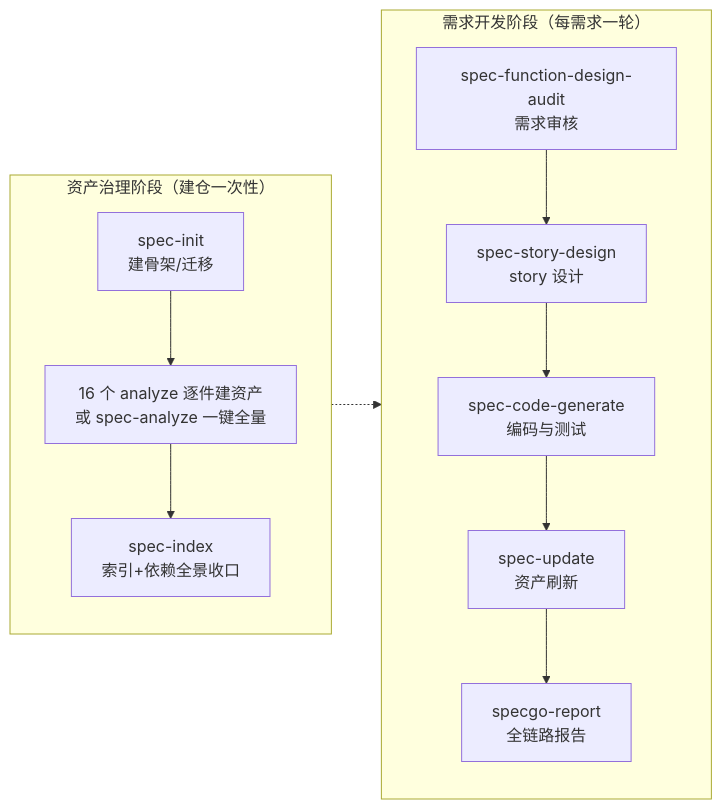
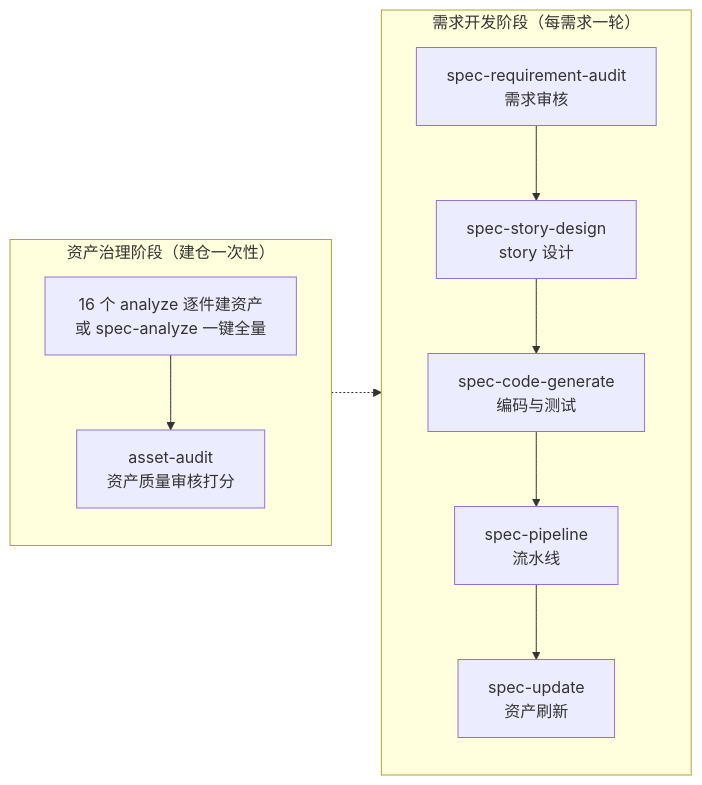
Before and after one commit to CoreGeekASTL/specgo: the third of 4 diagrams in README.md, drawn with Mermaid. The commit also changed other lines of this file and 73 other files, not shown here.

Commit message:
feat: 插件结构重构：取消 specgo 编排层与 spec-admin（spec-init/spec-index/specgo-report 移除），asset-audit 改名下放 spec-analyze 子流程，链路 4 子流程升格独立 skill（spec-requirement-audit 新增代码对照与双模式澄清）并新增 spec-pipeline（单子代理执行 pipeline-skill.md）；README/HELP/INSTALL/bootstrap 同步；版本升 3.0.0

````diff
--- a/README.md
+++ b/README.md
@@ -139,10 +118,10 @@
 ```mermaid
 flowchart LR
     subgraph G1["资产治理阶段（建仓一次性）"]
-        S1["spec-init<br/>建骨架/迁移"] --> S2["16 个 analyze 逐件建资产<br/>或 spec-analyze 一键全量"] --> S3["spec-index<br/>索引+依赖全景收口"]
+        S1["16 个 analyze 逐件建资产<br/>或 spec-analyze 一键全量"] --> S2["asset-audit<br/>资产质量审核打分"]
     end
     subgraph G2["需求开发阶段（每需求一轮）"]
-        D1["spec-function-design-audit<br/>需求审核"] --> D2["spec-story-design<br/>story 设计"] --> D3["spec-code-generate<br/>编码与测试"] --> D4["spec-update<br/>资产刷新"] --> D5["specgo-report<br/>全链路报告"]
+        D1["spec-requirement-audit<br/>需求审核"] --> D2["spec-story-design<br/>story 设计"] --> D3["spec-code-generate<br/>编码与测试"] --> D4["spec-pipeline<br/>流水线"] --> D5["spec-update<br/>资产刷新"]
     end
     G1 -.-> G2
 ```
````
